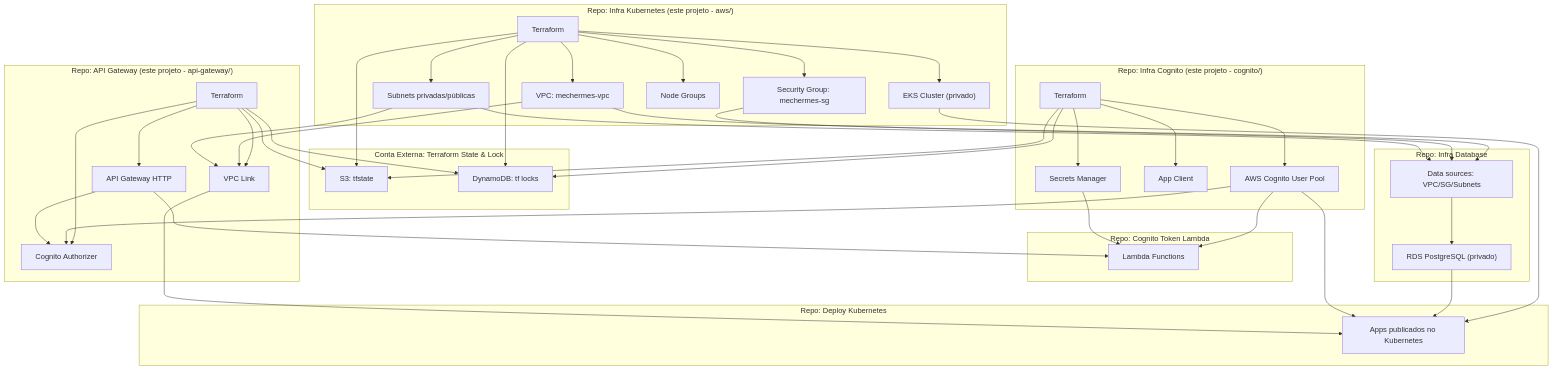
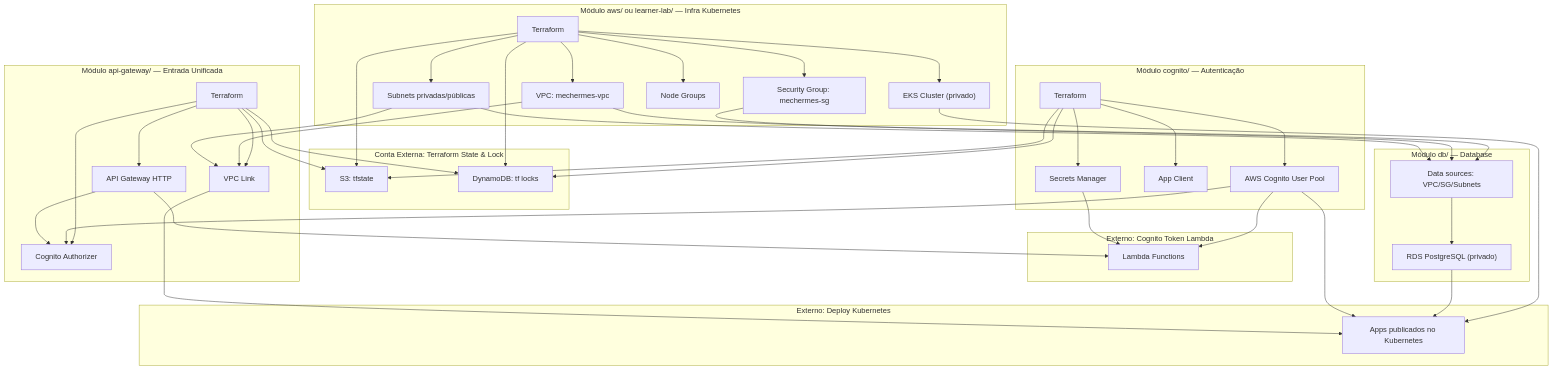
Before and after one commit to fiap-challenge-13soat/mecanica-hermes-infra: the diagram in README.md, drawn with Mermaid. The commit also changed other lines of this file and 84 other files, not shown here.

Commit message:
feat: migrar infra db para este repositório

````diff
--- a/README.md
+++ b/README.md
@@ -47,81 +47,81 @@
 ```mermaid
 flowchart
-  subgraph Step1["Repo: Infra Kubernetes (este projeto - aws/)"]
+  subgraph Step1["Módulo aws/ ou learner-lab/ — Infra Kubernetes"]
    TF["Terraform"]
    VPC["VPC: mechermes-vpc"]
    SG["Security Group: mechermes-sg"]
    Subnet["Subnets privadas/públicas"]
    EKS["EKS Cluster (privado)"]
    Nodes["Node Groups"]
   end
 
-  subgraph Step2["Repo: Infra Cognito (este projeto - cognito/)"]
+  subgraph Step2["Módulo cognito/ — Autenticação"]
    TF_Cognito["Terraform"]
    Cognito["AWS Cognito User Pool"]
    CognitoClient["App Client"]
    CognitoSecret["Secrets Manager"]
   end
 
-  subgraph Step3["Repo: Infra Database"]
+  subgraph Step3["Módulo db/ — Database"]
    Data["Data sources: VPC/SG/Subnets"]
    RDS["RDS PostgreSQL (privado)"]
   end
 
   subgraph State["Conta Externa: Terraform State & Lock"]
    S3["S3: tfstate"]
    DDB["DynamoDB: tf locks"]
   end
 
-  subgraph Step4["Repo: Deploy Kubernetes"]
+  subgraph Step4["Externo: Deploy Kubernetes"]
    Apps["Apps publicados no Kubernetes"]
   end
 
-  subgraph Step5["Repo: Cognito Token Lambda"]
+  subgraph Step5["Externo: Cognito Token Lambda"]
    Lambda["Lambda Functions"]
   end
 
-  subgraph Step6["Repo: API Gateway (este projeto - api-gateway/)"]
+  subgraph Step6["Módulo api-gateway/ — Entrada Unificada"]
    TF_APIG["Terraform"]
    APIG["API Gateway HTTP"]
    VPCLink["VPC Link"]
    CognitoAuth["Cognito Authorizer"]
   end
 
   TF --> VPC
   TF --> SG
   TF --> Subnet
   TF --> EKS
   TF --> Nodes
   TF --> S3
   TF --> DDB
 
   TF_Cognito --> Cognito
   TF_Cognito --> CognitoClient
   TF_Cognito --> CognitoSecret
   TF_Cognito --> S3
   TF_Cognito --> DDB
 
   VPC --> Data
   SG --> Data
   Subnet --> Data
   Data --> RDS
 
   EKS --> Apps
   RDS --> Apps
   Cognito --> Apps
   Cognito --> Lambda
   CognitoSecret --> Lambda
 
   TF_APIG --> APIG
   TF_APIG --> VPCLink
   TF_APIG --> CognitoAuth
   TF_APIG --> S3
   TF_APIG --> DDB
   
   VPC --> VPCLink
   Subnet --> VPCLink
   Cognito --> CognitoAuth
   APIG --> CognitoAuth
   APIG --> Lambda
   VPCLink --> Apps
 ```
````
